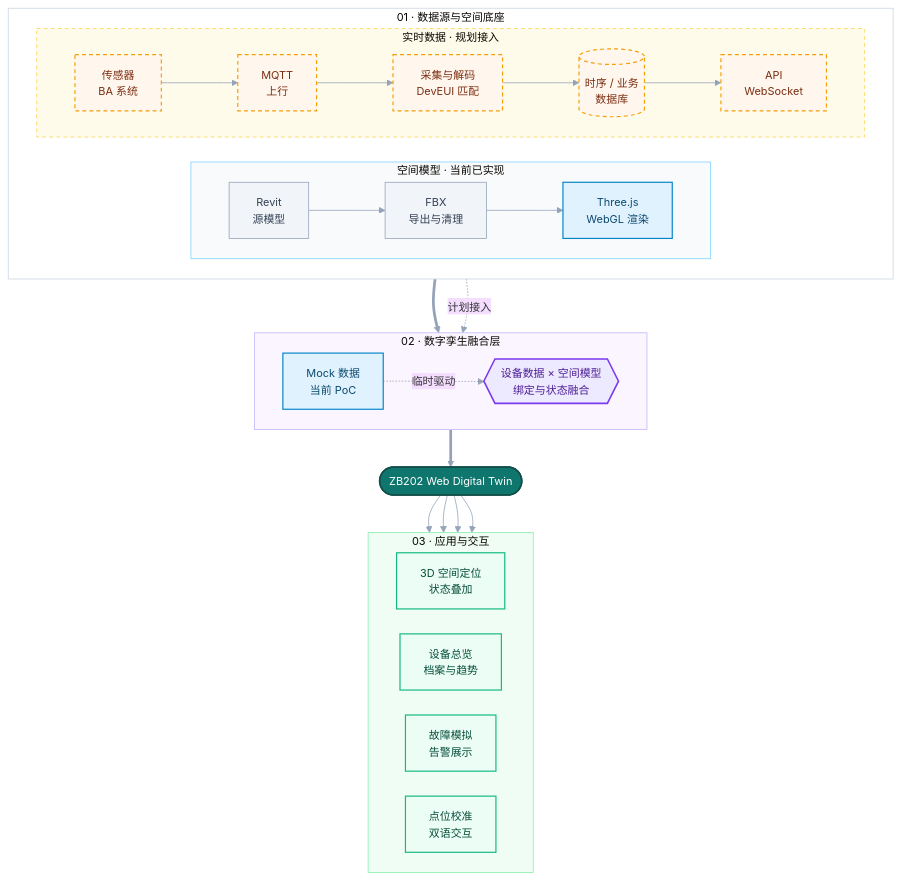
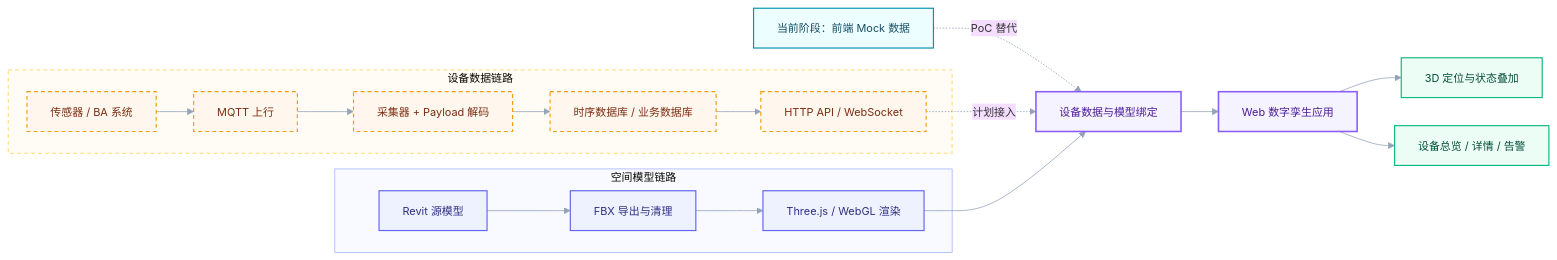
One commit to LYUml/ZB202_DT changed the diagram in README.md. Above: the diagram before and after it, drawn with Mermaid. The commit also changed 1 other file, not shown here.

Commit message:
update mermaid 2

````diff
--- a/README.md
+++ b/README.md
@@ -29,54 +29,37 @@
 ```mermaid
-%%{init: {"theme": "base", "flowchart": {"curve": "basis", "nodeSpacing": 32, "rankSpacing": 48}, "themeVariables": {"fontFamily": "Inter, PingFang SC, Microsoft YaHei, sans-serif", "fontSize": "14px", "lineColor": "#94a3b8"}}}%%
-flowchart TB
-  subgraph SOURCES["01 · 数据源与空间底座"]
-    direction LR
-    subgraph MODEL["空间模型 · 当前已实现"]
-      direction LR
-      RVT["Revit<br/>源模型"] --> FBX["FBX<br/>导出与清理"] --> THREE["Three.js<br/>WebGL 渲染"]
-    end
-    subgraph DATA["实时数据 · 规划接入"]
-      direction LR
-      SENSOR["传感器<br/>BA 系统"] --> MQTT["MQTT<br/>上行"] --> SERVICE["采集与解码<br/>DevEUI 匹配"] --> DB[("时序 / 业务<br/>数据库")] --> API["API<br/>WebSocket"]
-    end
+%%{init: {"theme": "base", "flowchart": {"curve": "basis", "nodeSpacing": 36, "rankSpacing": 48}, "themeVariables": {"fontFamily": "Inter, PingFang SC, Microsoft YaHei, sans-serif", "fontSize": "14px", "lineColor": "#94a3b8"}}}%%
+flowchart LR
+  subgraph MODEL["空间模型链路"]
+    RVT["Revit 源模型"] --> FBX["FBX 导出与清理"]
+    FBX --> THREE["Three.js / WebGL 渲染"]
   end
 
-  subgraph CORE["02 · 数字孪生融合层"]
-    direction LR
-    MOCK["Mock 数据<br/>当前 PoC"] -. "临时驱动" .-> BIND{{"设备数据 × 空间模型<br/>绑定与状态融合"}}
-    THREE ==> BIND
-    API -. "计划接入" .-> BIND
+  subgraph DATA["设备数据链路"]
+    SENSOR["传感器 / BA 系统"] --> MQTT["MQTT 上行"]
+    MQTT --> COLLECTOR["采集器 + Payload 解码"]
+    COLLECTOR --> DB["时序数据库 / 业务数据库"]
+    DB --> API["HTTP API / WebSocket"]
   end
 
-  BIND ==> APP(["ZB202 Web Digital Twin"])
+  MOCK["当前阶段：前端 Mock 数据"] -. PoC 替代 .-> BIND
+  API -. 计划接入 .-> BIND["设备数据与模型绑定"]
+  THREE --> BIND
+  BIND --> APP["Web 数字孪生应用"]
+  APP --> VIEW["3D 定位与状态叠加"]
+  APP --> DASH["设备总览 / 详情 / 告警"]
 
-  subgraph EXPERIENCE["03 · 应用与交互"]
-    direction LR
-    VIEW["3D 空间定位<br/>状态叠加"]
-    DASH["设备总览<br/>档案与趋势"]
-    ALERT["故障模拟<br/>告警展示"]
-    CALIBRATE["点位校准<br/>双语交互"]
-  end
-
-  APP --> VIEW & DASH & ALERT & CALIBRATE
-
-  classDef source fill:#f1f5f9,stroke:#94a3b8,color:#334155,stroke-width:1px;
-  classDef current fill:#e0f2fe,stroke:#0284c7,color:#0c4a6e,stroke-width:1.5px;
+  classDef model fill:#eef2ff,stroke:#6366f1,color:#312e81,stroke-width:1.5px;
+  classDef current fill:#ecfeff,stroke:#0891b2,color:#164e63,stroke-width:1.5px;
   classDef planned fill:#fff7ed,stroke:#f59e0b,color:#7c2d12,stroke-width:1.5px,stroke-dasharray:5 4;
-  classDef core fill:#ede9fe,stroke:#7c3aed,color:#4c1d95,stroke-width:2px;
-  classDef product fill:#0f766e,stroke:#134e4a,color:#ffffff,stroke-width:2px;
+  classDef core fill:#f5f3ff,stroke:#8b5cf6,color:#4c1d95,stroke-width:2px;
   classDef output fill:#ecfdf5,stroke:#10b981,color:#064e3b,stroke-width:1.5px;
 
-  class RVT,FBX source;
-  class THREE,MOCK current;
-  class SENSOR,MQTT,SERVICE,DB,API planned;
-  class BIND core;
-  class APP product;
-  class VIEW,DASH,ALERT,CALIBRATE output;
+  class RVT,FBX,THREE model;
+  class MOCK current;
+  class SENSOR,MQTT,COLLECTOR,DB,API planned;
+  class BIND,APP core;
+  class VIEW,DASH output;
 
-  style SOURCES fill:#ffffff,stroke:#cbd5e1,stroke-width:1px
-  style MODEL fill:#f8fafc,stroke:#7dd3fc,stroke-width:1px
-  style DATA fill:#fffbeb,stroke:#fcd34d,stroke-width:1px,stroke-dasharray:5 4
-  style CORE fill:#faf5ff,stroke:#c4b5fd,stroke-width:1px
-  style EXPERIENCE fill:#f0fdf4,stroke:#86efac,stroke-width:1px
+  style MODEL fill:#f8faff,stroke:#a5b4fc,stroke-width:1px
+  style DATA fill:#fffbf5,stroke:#fcd34d,stroke-width:1px,stroke-dasharray:5 4
 ```
````
